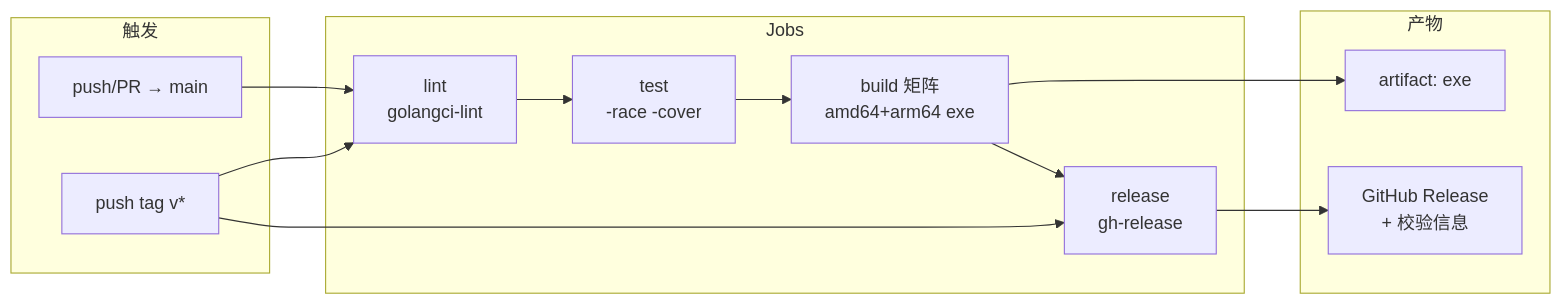
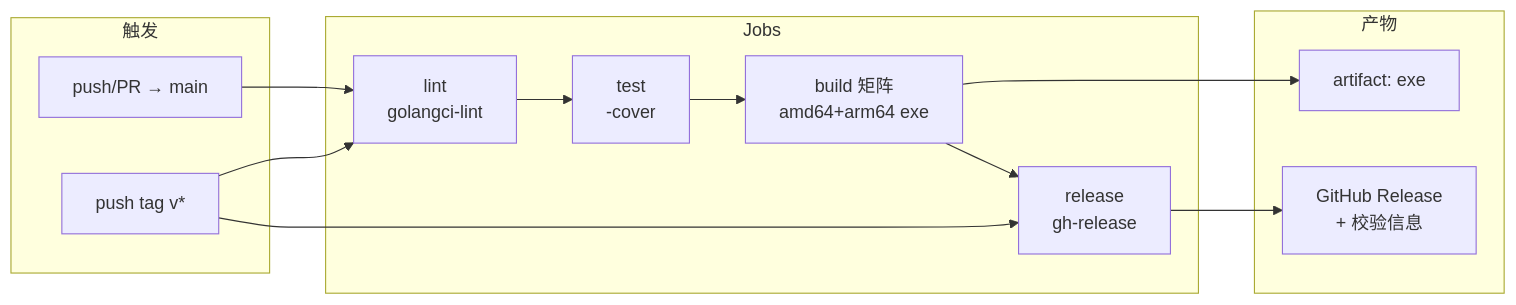
The second of 3 diagrams in docs/100-Release/CI.md (shaolei/DeskCalendar), drawn with Mermaid before and after one commit. The commit also changed other lines of this file and 813 other files, not shown here.

````diff
--- a/docs/100-Release/CI.md
+++ b/docs/100-Release/CI.md
@@ -60,21 +60,21 @@
 ```mermaid
 flowchart LR
     subgraph TRIG["触发"]
         P["push/PR → main"]
         T["push tag v*"]
     end
     subgraph JOBS["Jobs"]
         L["lint<br/>golangci-lint"]
-        TE["test<br/>-race -cover"]
+        TE["test<br/>-cover"]
         B["build 矩阵<br/>amd64+arm64 exe"]
         R["release<br/>gh-release"]
     end
     subgraph ART["产物"]
         A1["artifact: exe"]
         A2["GitHub Release<br/>+ 校验信息"]
     end
     P --> L --> TE --> B --> A1
     T --> L
     T --> R
     B --> R --> A2
 ```
````
